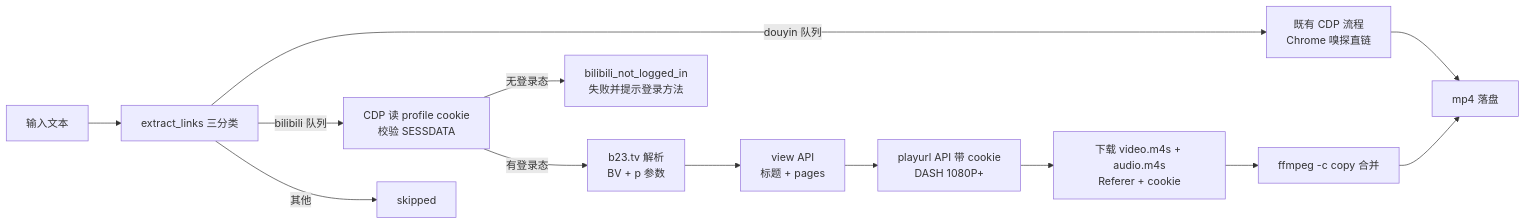
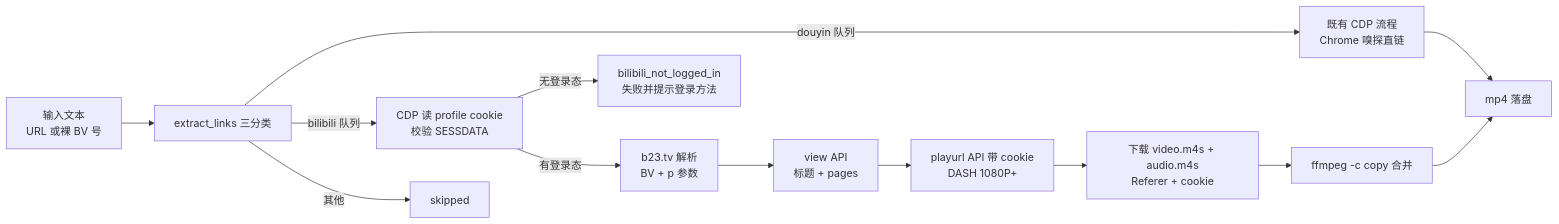
The diagram in docs/plans/30-douyin-dl-bilibili-support.md (shihao-hub/td-language_projects), drawn with Mermaid before and after one commit. The commit also changed other lines of this file, not shown here.

````diff
--- a/docs/plans/30-douyin-dl-bilibili-support.md
+++ b/docs/plans/30-douyin-dl-bilibili-support.md
@@ -28,15 +29,15 @@
 ```mermaid
 flowchart LR
-    A[输入文本] --> B[extract_links 三分类]
+    A[输入文本<br/>URL 或裸 BV 号] --> B[extract_links 三分类]
     B -->|douyin 队列| C[既有 CDP 流程<br/>Chrome 嗅探直链]
     B -->|bilibili 队列| D[CDP 读 profile cookie<br/>校验 SESSDATA]
     D -->|无登录态| X[bilibili_not_logged_in<br/>失败并提示登录方法]
     D -->|有登录态| E[b23.tv 解析<br/>BV + p 参数]
     E --> F[view API<br/>标题 + pages]
     F --> G[playurl API 带 cookie<br/>DASH 1080P+]
     G --> H[下载 video.m4s + audio.m4s<br/>Referer + cookie]
     H --> I[ffmpeg -c copy 合并]
     B -->|其他| J[skipped]
     C --> K[mp4 落盘]
     I --> K
 ```
````
